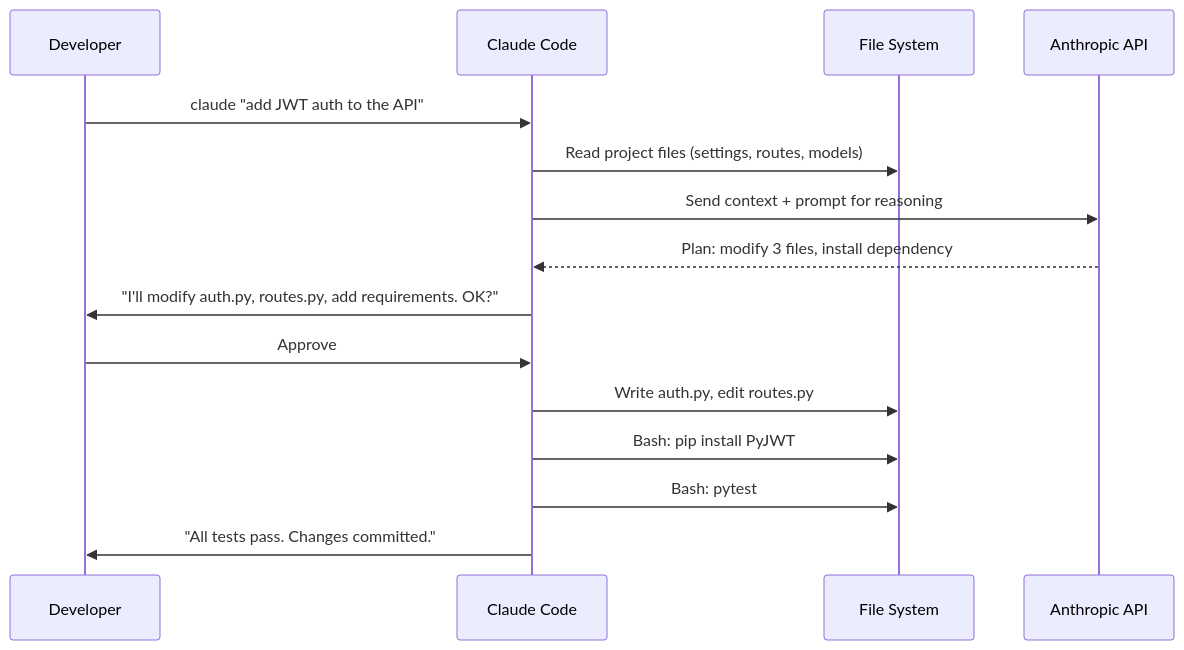
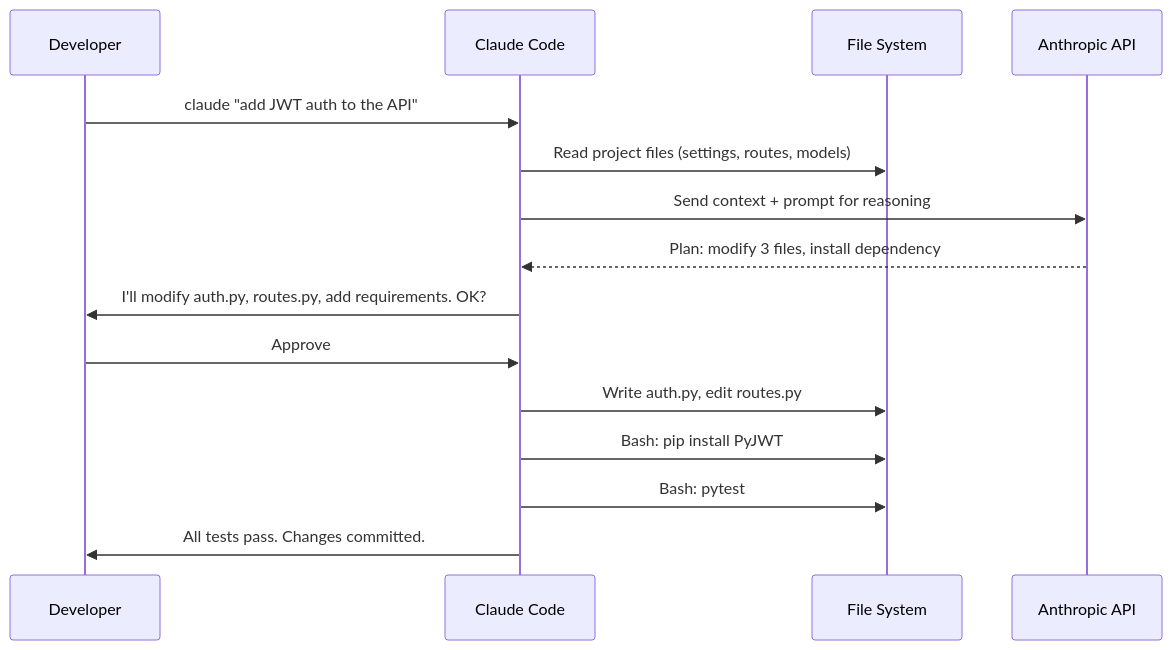
Before and after one commit to millsks/claude-code-primer: the second of 10 diagrams in docs/claude_code_complete_guide.md, drawn with Mermaid. The commit also changed other lines of this file, not shown here.

Commit message:
docs: improve clarity and consistency in diagrams and dialogue throughout the guide

````diff
--- a/docs/claude_code_complete_guide.md
+++ b/docs/claude_code_complete_guide.md
@@ -261,18 +261,18 @@
 ```mermaid
 sequenceDiagram
     participant Dev as Developer
     participant CC as Claude Code
     participant FS as File System
     participant API as Anthropic API
 
     Dev->>CC: claude "add JWT auth to the API"
     CC->>FS: Read project files (settings, routes, models)
     CC->>API: Send context + prompt for reasoning
     API-->>CC: Plan: modify 3 files, install dependency
-    CC->>Dev: "I'll modify auth.py, routes.py, add requirements. OK?"
+    CC->>Dev: I'll modify auth.py, routes.py, add requirements. OK?
     Dev->>CC: Approve
     CC->>FS: Write auth.py, edit routes.py
     CC->>FS: Bash: pip install PyJWT
     CC->>FS: Bash: pytest
-    CC->>Dev: "All tests pass. Changes committed."
+    CC->>Dev: All tests pass. Changes committed.
 ```
````
